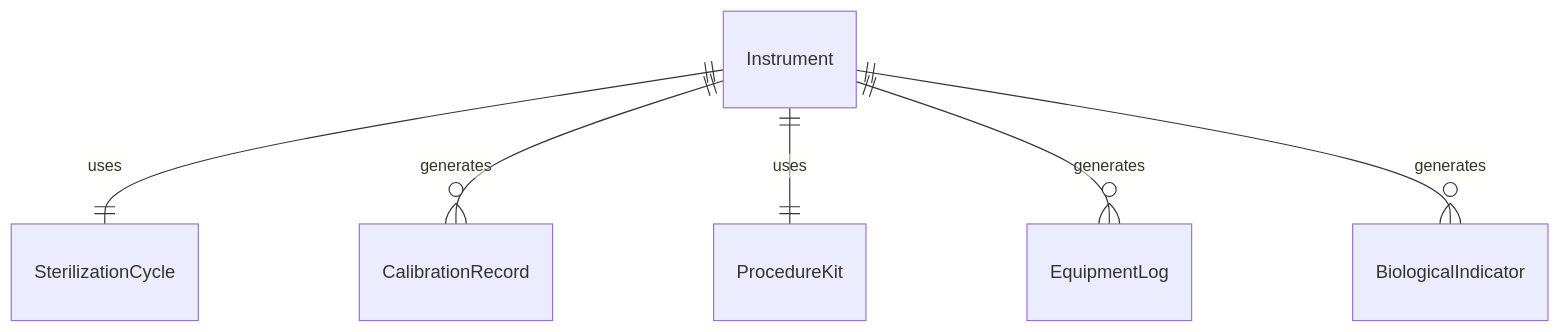
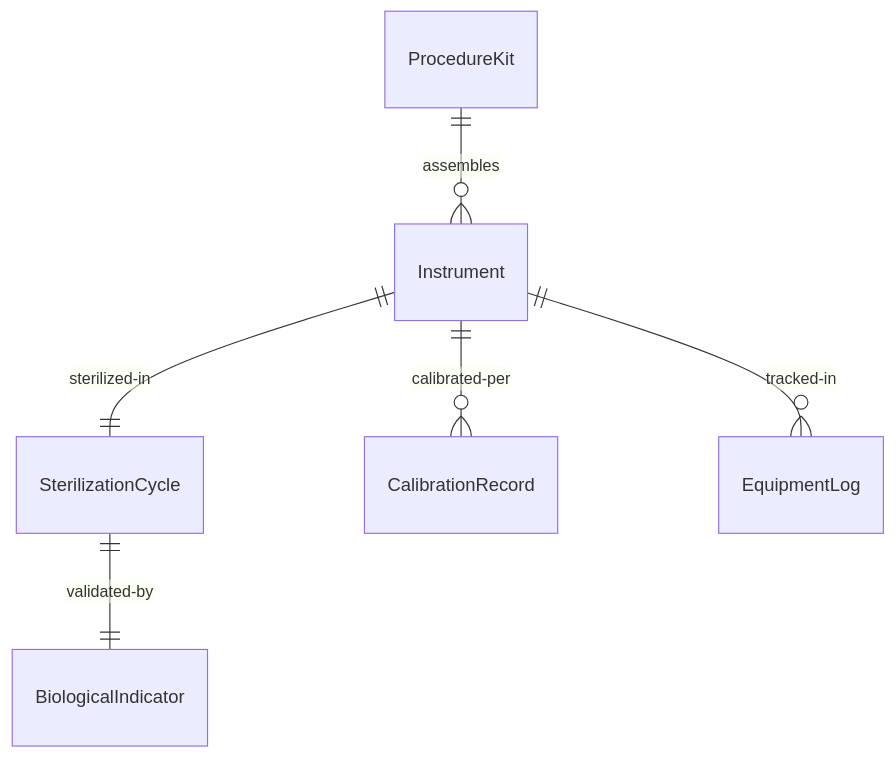
The first of 4 diagrams in HandlingAndMovingObjects/PrepareMedicalEquipmentOrWorkAreasForUse/PrepareMedicalInstrumentsEquipmentUse.mdx (dot-org-ai/tasks.org.ai), drawn with Mermaid before and after one commit. The commit also changed other lines of this file and 515 other files, not shown here.

````diff
--- a/HandlingAndMovingObjects/PrepareMedicalEquipmentOrWorkAreasForUse/PrepareMedicalInstrumentsEquipmentUse.mdx
+++ b/HandlingAndMovingObjects/PrepareMedicalEquipmentOrWorkAreasForUse/PrepareMedicalInstrumentsEquipmentUse.mdx
@@ -88,8 +88,8 @@
 ```mermaid
 erDiagram
-    Instrument ||--|| SterilizationCycle : "uses"
-    Instrument ||--o{ CalibrationRecord : "generates"
-    Instrument ||--|| ProcedureKit : "uses"
-    Instrument ||--o{ EquipmentLog : "generates"
-    Instrument ||--o{ BiologicalIndicator : "generates"
+    Instrument ||--|| SterilizationCycle : "sterilized-in"
+    SterilizationCycle ||--|| BiologicalIndicator : "validated-by"
+    Instrument ||--o{ CalibrationRecord : "calibrated-per"
+    ProcedureKit ||--o{ Instrument : "assembles"
+    Instrument ||--o{ EquipmentLog : "tracked-in"
 ```
````
